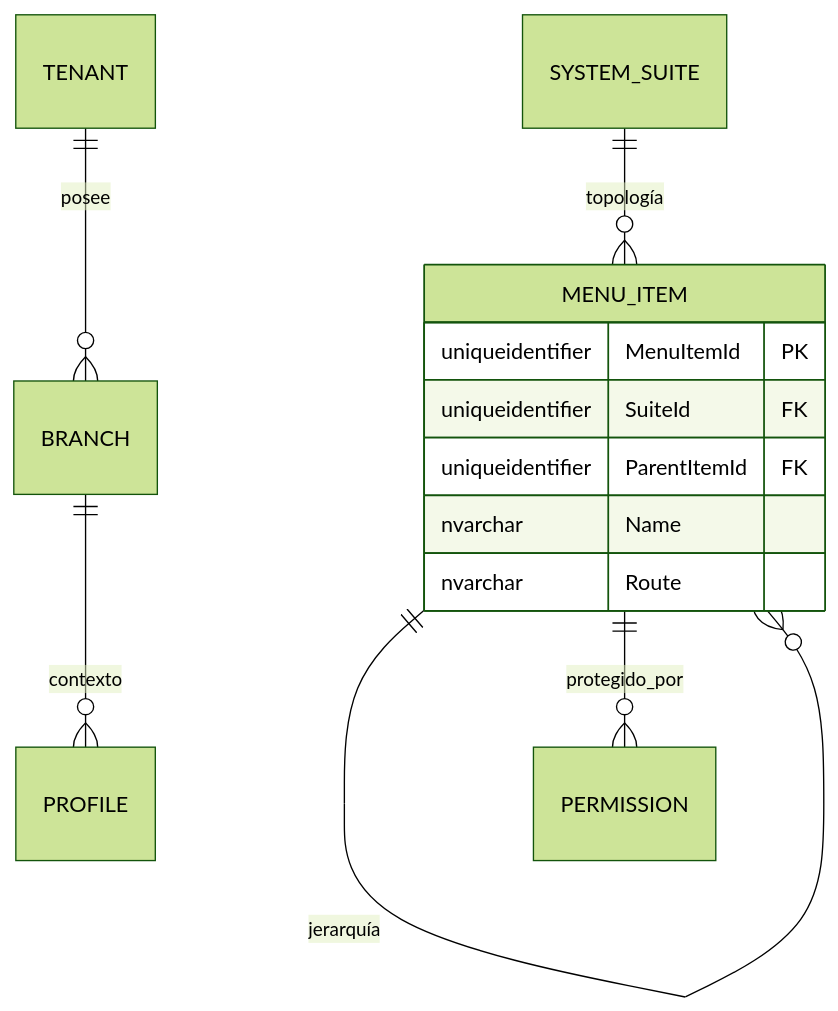
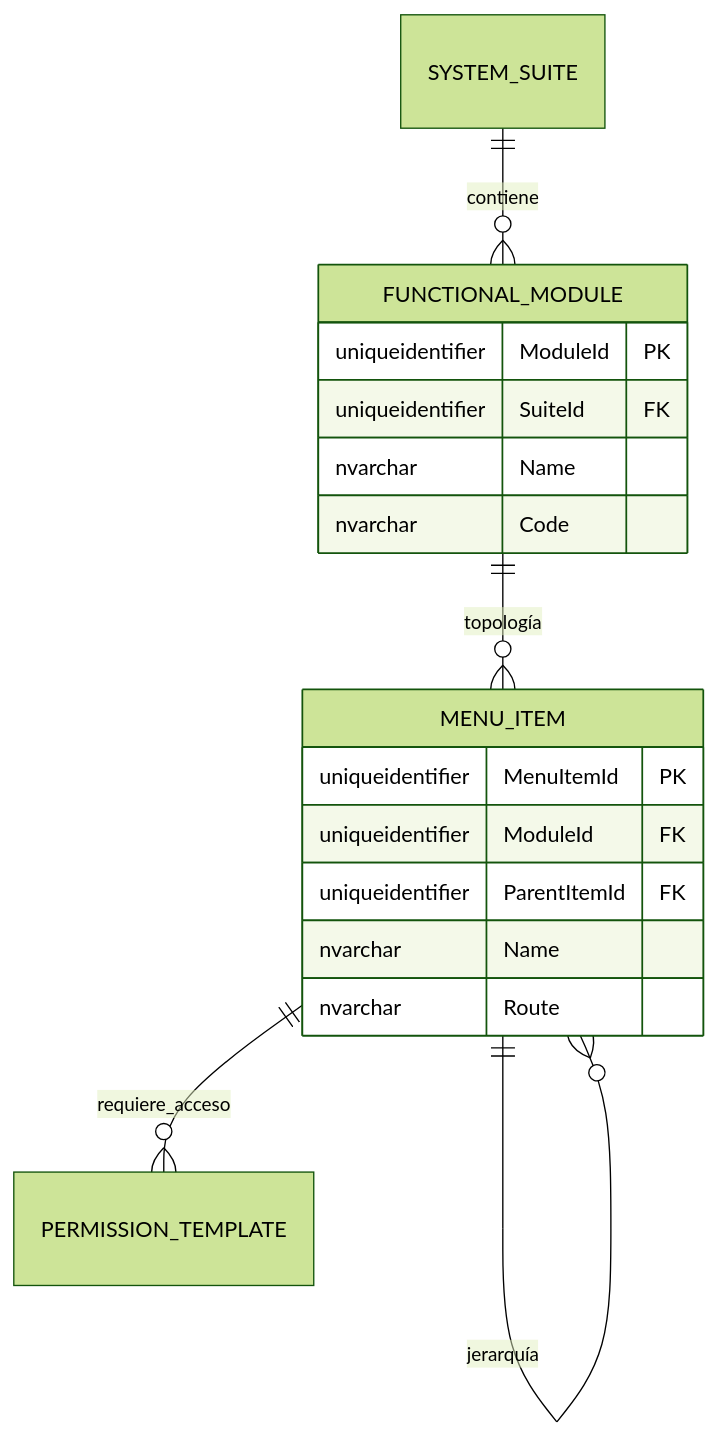
The third of 4 diagrams in architecture/blueprints-es/database-design-er.md (beyondnetcode/ums), drawn with Mermaid (forest theme) before and after one commit. The commit also changed other lines of this file and 5 other files, not shown here.

````diff
--- a/architecture/blueprints-es/database-design-er.md
+++ b/architecture/blueprints-es/database-design-er.md
@@ -123,16 +93,22 @@
 ```mermaid
 erDiagram
-    TENANT ||--o{ BRANCH : "posee"
-    SYSTEM_SUITE ||--o{ MENU_ITEM : "topología"
+    SYSTEM_SUITE ||--o{ FUNCTIONAL_MODULE : "contiene"
+    FUNCTIONAL_MODULE ||--o{ MENU_ITEM : "topología"
     MENU_ITEM ||--o{ MENU_ITEM : "jerarquía"
-    MENU_ITEM ||--o{ PERMISSION : "protegido_por"
-    BRANCH ||--o{ PROFILE : "contexto"
-
+    MENU_ITEM ||--o{ PERMISSION_TEMPLATE : "requiere_acceso"
+    
+    FUNCTIONAL_MODULE {
+        uniqueidentifier ModuleId PK
+        uniqueidentifier SuiteId FK
+        nvarchar Name
+        nvarchar Code
+    }
+    
     MENU_ITEM {
         uniqueidentifier MenuItemId PK
-        uniqueidentifier SuiteId FK
+        uniqueidentifier ModuleId FK
         uniqueidentifier ParentItemId FK
         nvarchar Name
         nvarchar Route
     }
 ```
````
